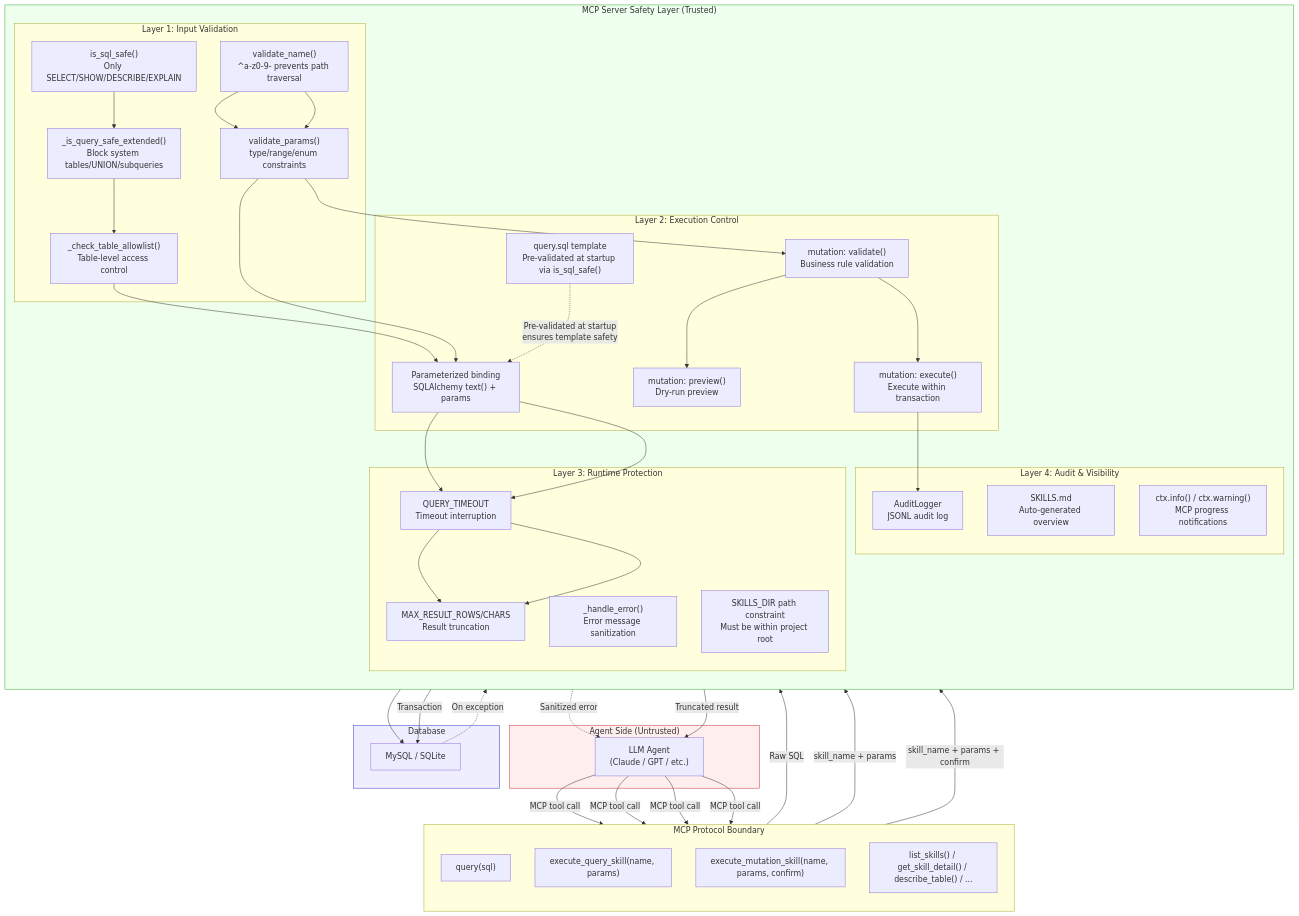
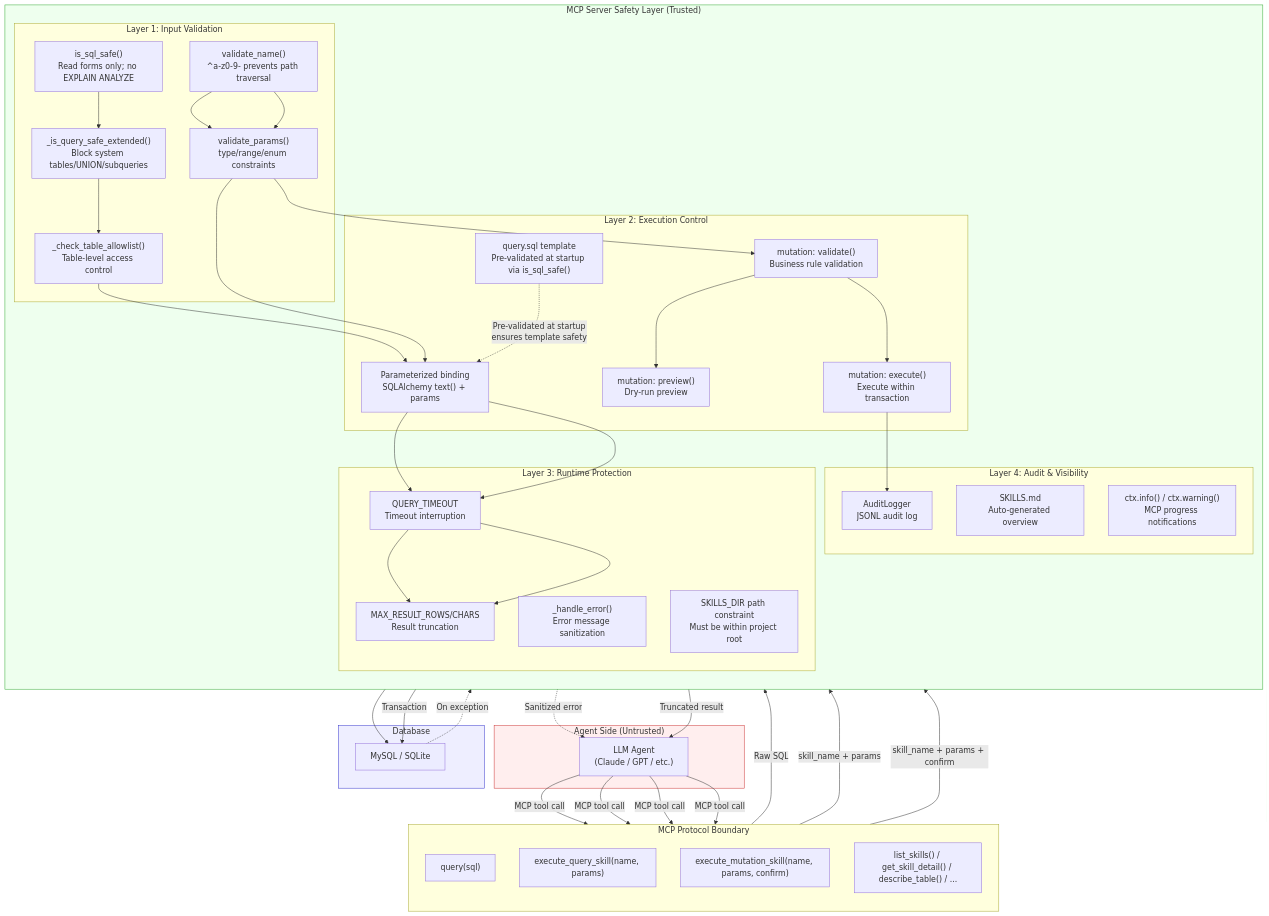
Before and after one commit to Firstmeridian/llm-sql-safety-executor-mcp: the first of 3 diagrams in README.md, drawn with Mermaid. The commit also changed other lines of this file and 39 other files, not shown here.

````diff
--- a/README.md
+++ b/README.md
@@ -280,70 +298,70 @@
 ```mermaid
 flowchart TB
     subgraph Agent["Agent Side (Untrusted)"]
         A1["LLM Agent<br/>(Claude / GPT / etc.)"]
     end
 
     subgraph MCP["MCP Protocol Boundary"]
         direction TB
         T1["query(sql)"]
         T2["execute_query_skill(name, params)"]
         T3["execute_mutation_skill(name, params, confirm)"]
         T4["list_skills() / get_skill_detail() / describe_table() / ..."]
     end
 
     subgraph Server["MCP Server Safety Layer (Trusted)"]
         direction TB
 
         subgraph S1["Layer 1: Input Validation"]
-            V1["is_sql_safe()<br/>Only SELECT/SHOW/DESCRIBE/EXPLAIN"]
+            V1["is_sql_safe()<br/>Read forms only; no EXPLAIN ANALYZE"]
             V2["_is_query_safe_extended()<br/>Block system tables/UNION/subqueries"]
             V3["_check_table_allowlist()<br/>Table-level access control"]
             V4["validate_name()<br/>^a-z0-9- prevents path traversal"]
             V5["validate_params()<br/>type/range/enum constraints"]
         end
 
         subgraph S2["Layer 2: Execution Control"]
             E1["query.sql template<br/>Pre-validated at startup via is_sql_safe()"]
             E2["Parameterized binding<br/>SQLAlchemy text() + params"]
             E3["mutation: validate()<br/>Business rule validation"]
             E4["mutation: preview()<br/>Dry-run preview"]
             E5["mutation: execute()<br/>Execute within transaction"]
         end
 
         subgraph S3["Layer 3: Runtime Protection"]
             R1["QUERY_TIMEOUT<br/>Timeout interruption"]
             R2["MAX_RESULT_ROWS/CHARS<br/>Result truncation"]
             R3["_handle_error()<br/>Error message sanitization"]
             R4["SKILLS_DIR path constraint<br/>Must be within project root"]
         end
 
         subgraph S4["Layer 4: Audit & Visibility"]
             AU1["AuditLogger<br/>JSONL audit log"]
             AU2["SKILLS.md<br/>Auto-generated overview"]
             AU3["ctx.info() / ctx.warning()<br/>MCP progress notifications"]
         end
     end
 
     subgraph DB["Database"]
         DB1["MySQL / SQLite"]
     end
 
     A1 -->|"MCP tool call"| T1 & T2 & T3 & T4
 
     T1 -->|"Raw SQL"| V1 --> V2 --> V3 --> E2 --> R1 --> R2
     T2 -->|"skill_name + params"| V4 --> V5 --> E2 --> R1 --> R2
     E1 -.->|"Pre-validated at startup<br/>ensures template safety"| E2
     T3 -->|"skill_name + params + confirm"| V4 --> V5 --> E3 --> E4 & E5
 
     E2 --> DB1
     E5 -->|"Transaction"| DB1
     E5 --> AU1
 
     DB1 -.->|"On exception"| R3 -.->|"Sanitized error"| A1
     R2 -->|"Truncated result"| A1
 
     style Agent fill:#fee,stroke:#c33
     style Server fill:#efe,stroke:#3a3
     style DB fill:#eef,stroke:#33c
     style MCP fill:#ffd,stroke:#aa3
 ```
````
